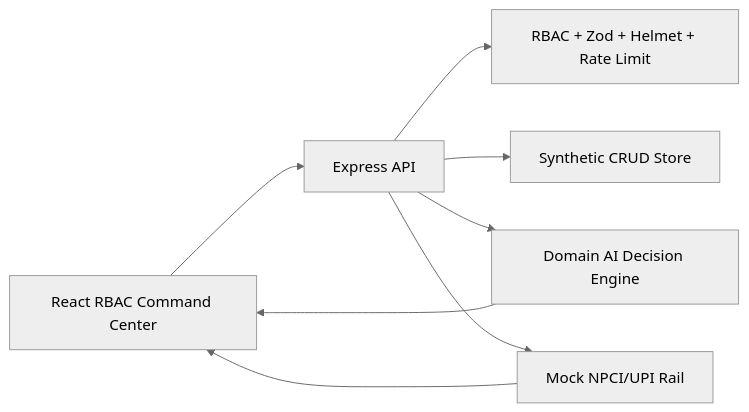
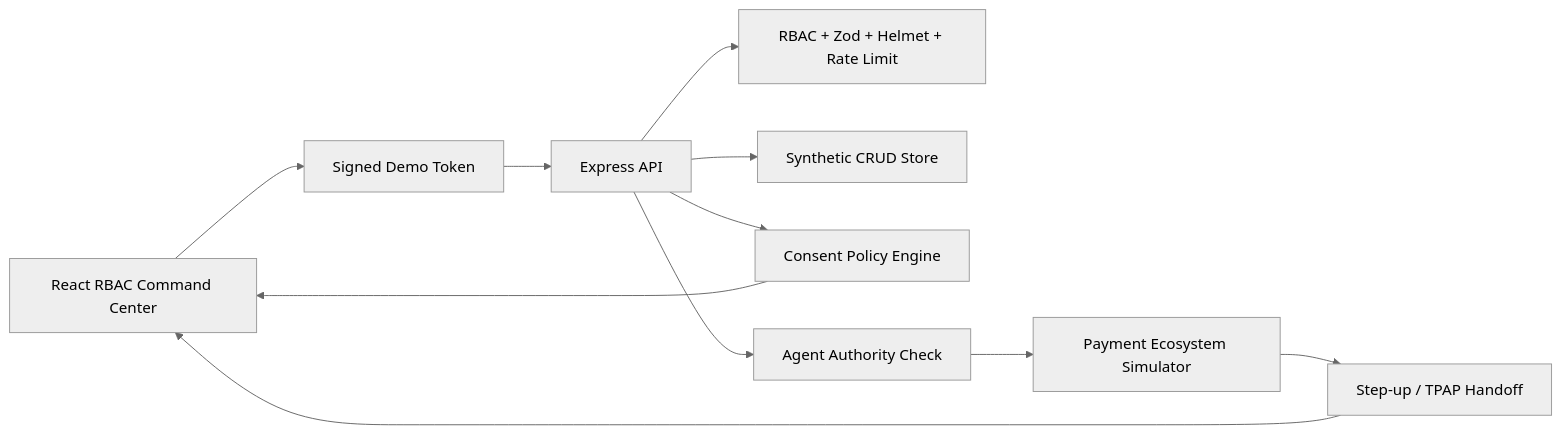
Before and after one commit to jprbom/upi-guardian-mode: the diagram in README.md, drawn with Mermaid (neutral theme). The commit also changed other lines of this file and 7 other files, not shown here.

Commit message:
docs: refresh latest architecture and enhancement details

```diff
--- a/README.md
+++ b/README.md
@@ -75,10 +90,13 @@
 ~~~mermaid
 flowchart LR
-  UI["React RBAC Command Center"] --> API["Express API"]
+  UI["React RBAC Command Center"] --> AUTH["Signed Demo Token"]
+  AUTH --> API["Express API"]
   API --> RBAC["RBAC + Zod + Helmet + Rate Limit"]
   API --> CRUD["Synthetic CRUD Store"]
-  API --> AI["Domain AI Decision Engine"]
-  API --> MOCK["Mock NPCI/UPI Rail"]
-  MOCK --> UI
+  API --> AI["Consent Policy Engine"]
+  API --> GUARD["Agent Authority Check"]
+  GUARD --> SIM["Payment Ecosystem Simulator"]
+  SIM --> STEP["Step-up / TPAP Handoff"]
+  STEP --> UI
   AI --> UI
 ~~~
```
